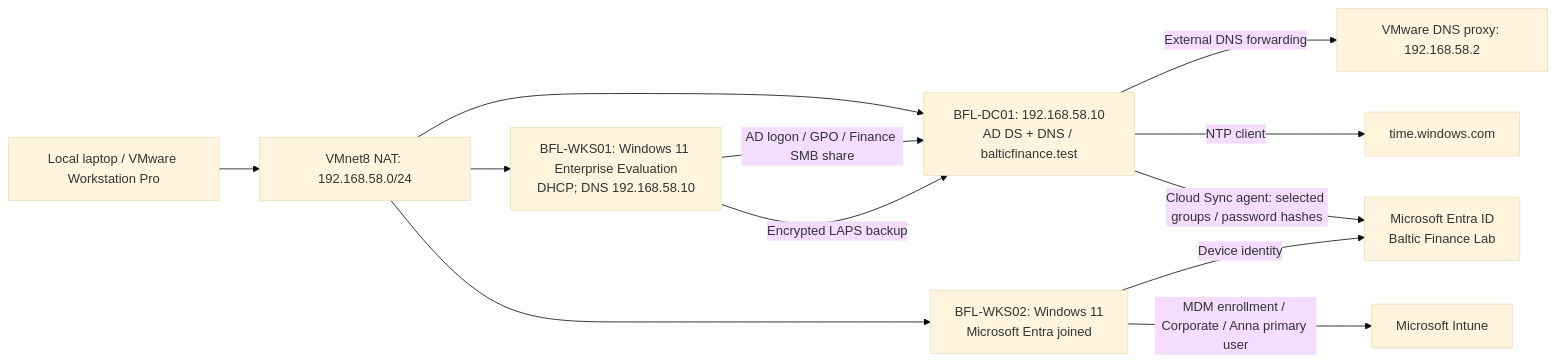
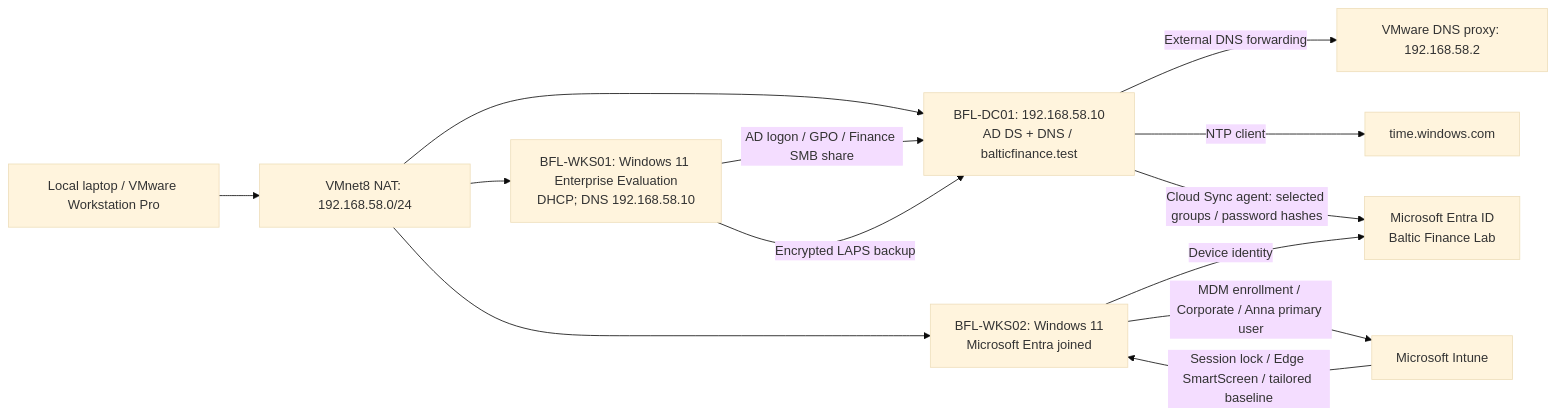
Before and after one commit to krzysztof-szot/hybrid-enterprise-security-project: the diagram in README.md, drawn with Mermaid (base theme). The commit also changed other lines of this file and 6 other files, not shown here.

Commit message:
Document Day 07 Intune profiles, tailored baseline and validation

````diff
--- a/README.md
+++ b/README.md
@@ -27,14 +28,15 @@
 ```mermaid
 flowchart LR
     Host["Local laptop / VMware Workstation Pro"] --> NAT["VMnet8 NAT: 192.168.58.0/24"]
     NAT --> DC["BFL-DC01: 192.168.58.10\nAD DS + DNS / balticfinance.test"]
     NAT --> WKS["BFL-WKS01: Windows 11 Enterprise Evaluation\nDHCP; DNS 192.168.58.10"]
     NAT --> WKS2["BFL-WKS02: Windows 11\nMicrosoft Entra joined"]
     WKS2 -->|"Device identity"| Entra
     WKS2 -->|"MDM enrollment / Corporate / Anna primary user"| Intune["Microsoft Intune"]
+    Intune -->|"Session lock / Edge SmartScreen / tailored baseline"| WKS2
     WKS -->|"AD logon / GPO / Finance SMB share"| DC
     DC -->|"External DNS forwarding"| DNS["VMware DNS proxy: 192.168.58.2"]
     DC -->|"NTP client"| NTP["time.windows.com"]
     WKS -->|"Encrypted LAPS backup"| DC
     DC -->|"Cloud Sync agent: selected groups / password hashes"| Entra["Microsoft Entra ID\nBaltic Finance Lab"]
 ```
````
